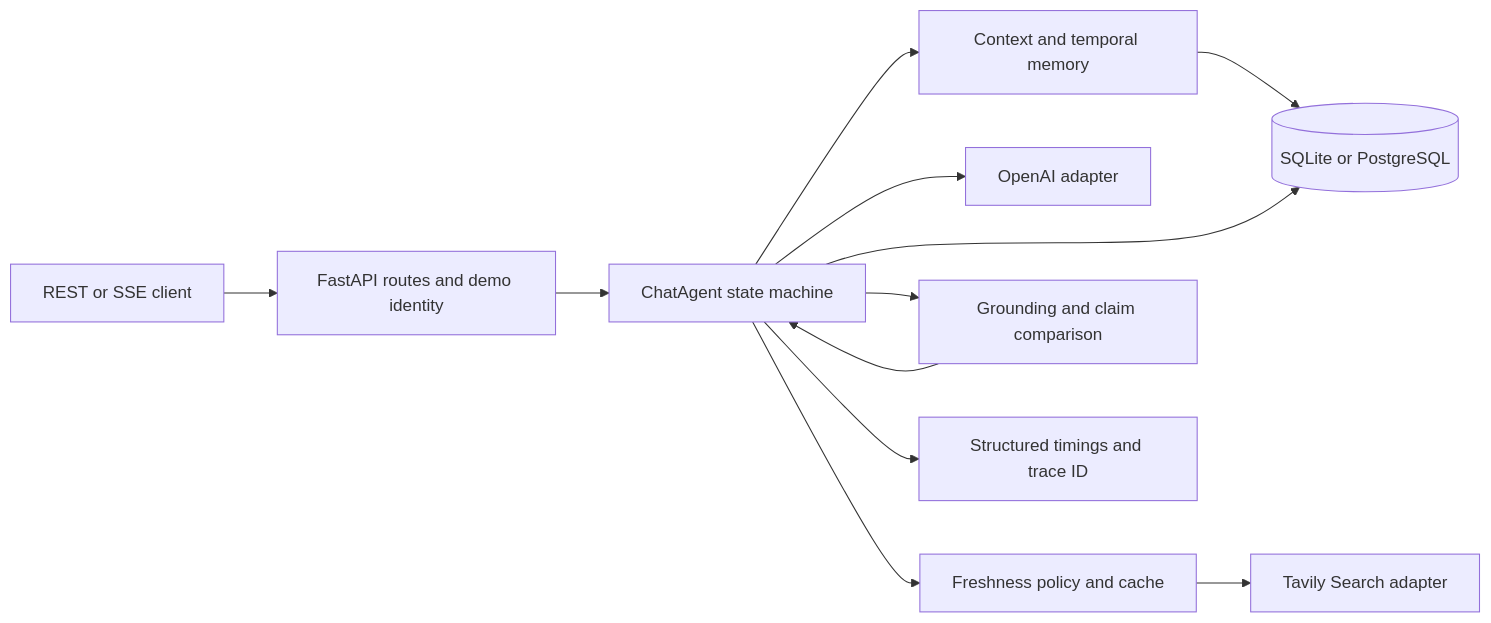
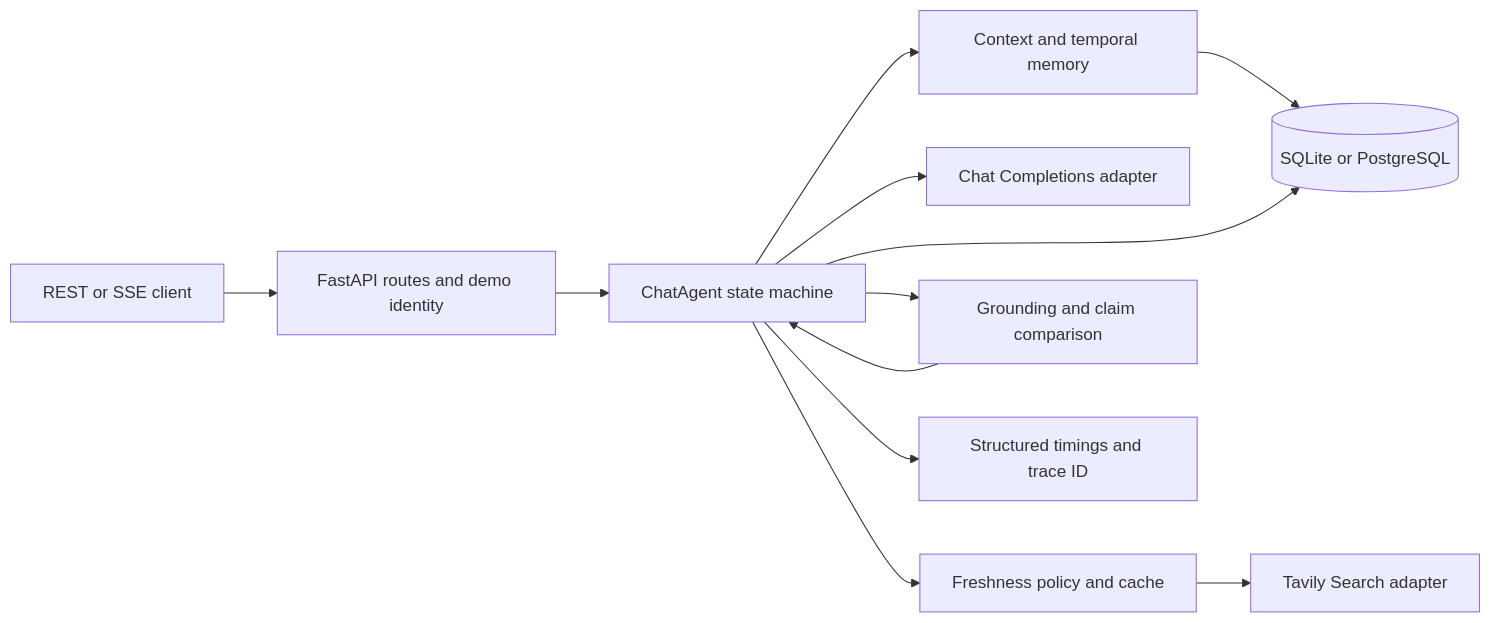
One commit to tanujkapoor-cmd/echo-time-aware-agent changed the first of 2 diagrams in design.md. Above: the diagram before and after it, drawn with Mermaid. The commit also changed other lines of this file and 6 other files, not shown here.

```diff
--- a/design.md
+++ b/design.md
@@ -9,14 +9,14 @@
 ~~~mermaid
 flowchart LR
   C[REST or SSE client] --> A[FastAPI routes and demo identity]
   A --> O[ChatAgent state machine]
   O --> M[Context and temporal memory]
   M --> D[(SQLite or PostgreSQL)]
-  O --> L[OpenAI adapter]
+  O --> L[Chat Completions adapter]
   O --> F[Freshness policy and cache]
   F --> T[Tavily Search adapter]
   O --> G[Grounding and claim comparison]
   G --> O
   O --> D
   O --> P[Structured timings and trace ID]
 ~~~
```
